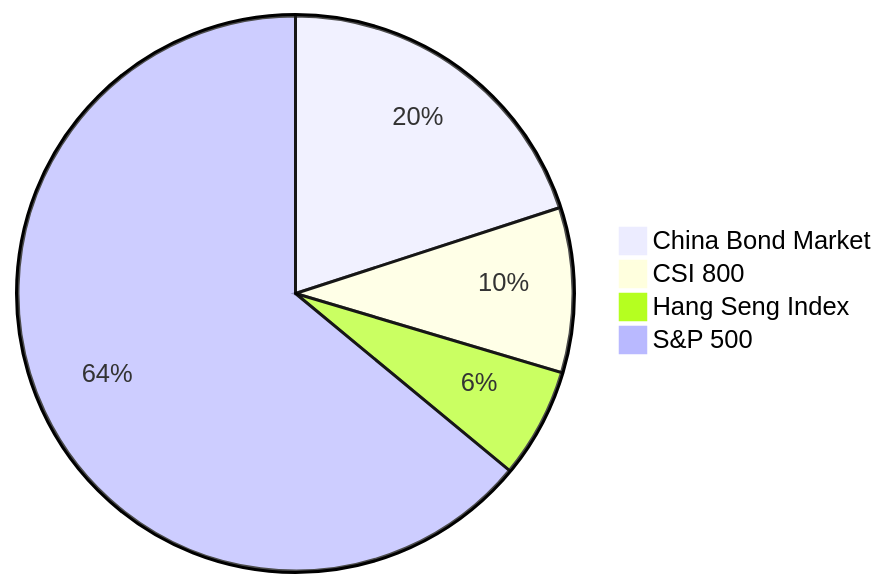
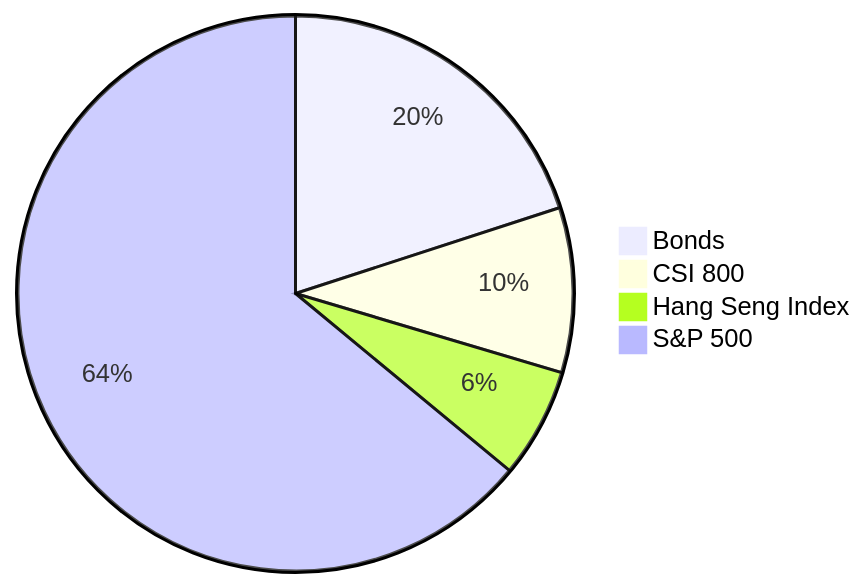
Before and after one commit to low-earth-orbit/notes: the fourth of 5 diagrams in chinese-couch-potato.md, drawn with Mermaid. The commit also changed other lines of this file and 2 other files, not shown here.

````diff
--- a/chinese-couch-potato.md
+++ b/chinese-couch-potato.md
@@ -155,7 +167,7 @@
 ```mermaid
 pie
-"China Bond Market" : 20
+"Bonds" : 20
 "CSI 800" : 9.6
 "Hang Seng Index" : 6.4
 "S&P 500" : 64
 ```
````
